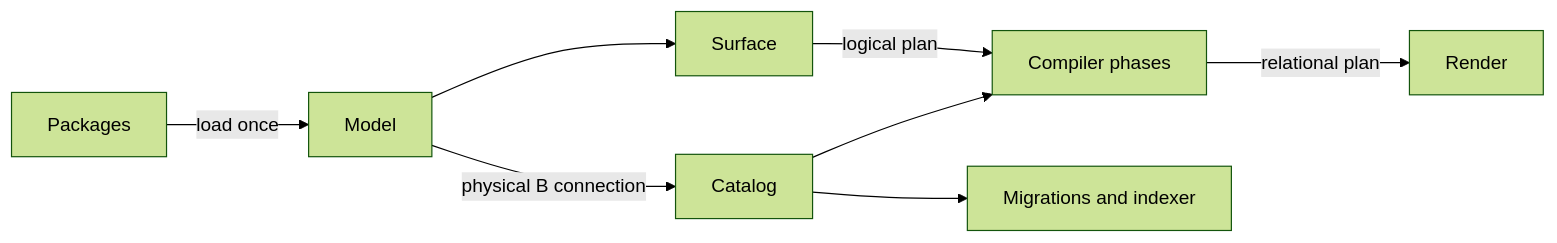
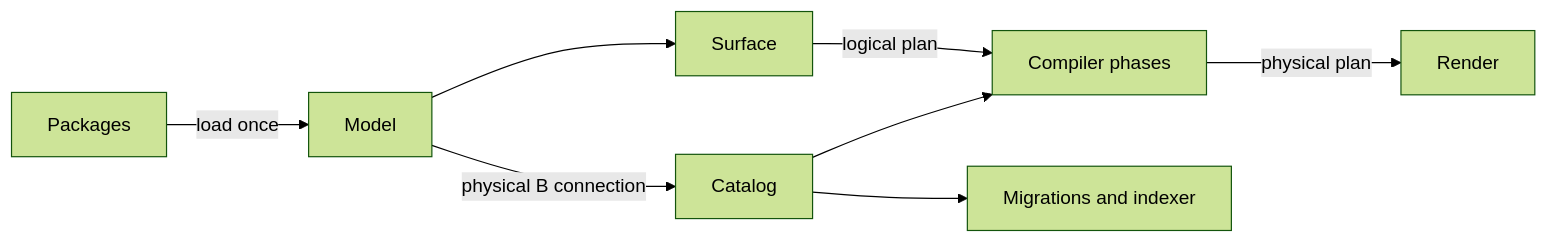
One commit to gitlabhq/orbit-knowledge-graph changed the diagram in docs/pages/engineering/adr/024_data_model_replaces_ontology.md. Above: the diagram before and after it, drawn with Mermaid (forest theme). The commit also changed other lines of this file, not shown here.

Commit message:
docs(adr): show a non-relational physical plan in ADR 024

````diff
--- a/docs/pages/engineering/adr/024_data_model_replaces_ontology.md
+++ b/docs/pages/engineering/adr/024_data_model_replaces_ontology.md
@@ -55,12 +55,12 @@
 ```mermaid
 flowchart LR
     accTitle: The data model and the compiler
-    accDescr: Packages load once into a checked model. A catalog gives the typed view of one connection. A surface turns query text into a logical plan. The compiler phases plan it into a relational plan through the catalog and rewrite it. The backend renders the result. Migrations read their schema from the same catalog.
+    accDescr: Packages load once into a checked model. A catalog gives the typed view of one connection. A surface turns query text into a logical plan. The compiler phases plan it into a physical plan for the target backend through the catalog and rewrite it. The backend renders the result. Migrations read their schema from the same catalog.
     P[Packages] -->|load once| M[Model]
     M -->|physical B connection| C[Catalog]
     M --> S[Surface]
     S -->|logical plan| E[Compiler phases]
     C --> E
-    E -->|relational plan| R[Render]
+    E -->|physical plan| R[Render]
     C --> D[Migrations and indexer]
 ```
````
